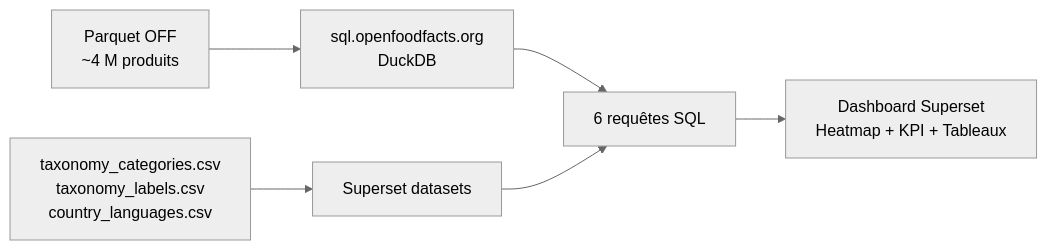
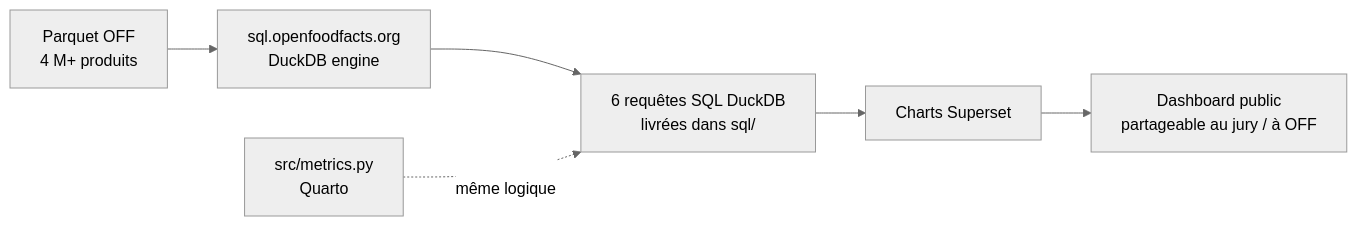
One commit to Manonsigilla/tradukthon-mondiale changed the diagram in report/04-superset.qmd. Above: the diagram before and after it, drawn with Mermaid (neutral theme). The commit also changed other lines of this file and 9 other files, not shown here.

Commit message:
feat: Superset dashboard with 3 live charts + screenshots

````diff
--- a/report/04-superset.qmd
+++ b/report/04-superset.qmd
@@ -27,8 +31,8 @@
 ```{mermaid}
 flowchart LR
-    A[Parquet OFF<br/>~4 M produits] --> B[sql.openfoodfacts.org<br/>DuckDB]
-    C[taxonomy_categories.csv<br/>taxonomy_labels.csv<br/>country_languages.csv] --> D[Superset datasets]
-    B --> E[6 requêtes SQL]
-    D --> E
-    E --> F[Dashboard Superset<br/>Heatmap + KPI + Tableaux]
+    A[Parquet OFF<br/>4 M+ produits] --> B[sql.openfoodfacts.org<br/>DuckDB engine]
+    B --> C[6 requêtes SQL DuckDB<br/>livrées dans sql/]
+    C --> D[Charts Superset]
+    D --> E[Dashboard public<br/>partageable au jury / à OFF]
+    F[src/metrics.py<br/>Quarto] -.<br/>même logique.-> C
 ```
````
